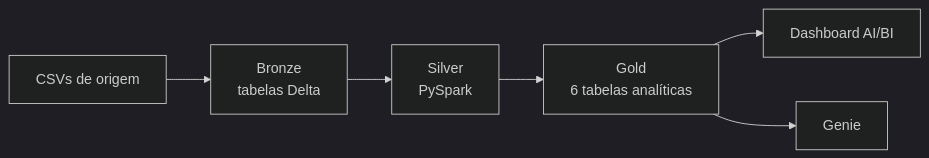
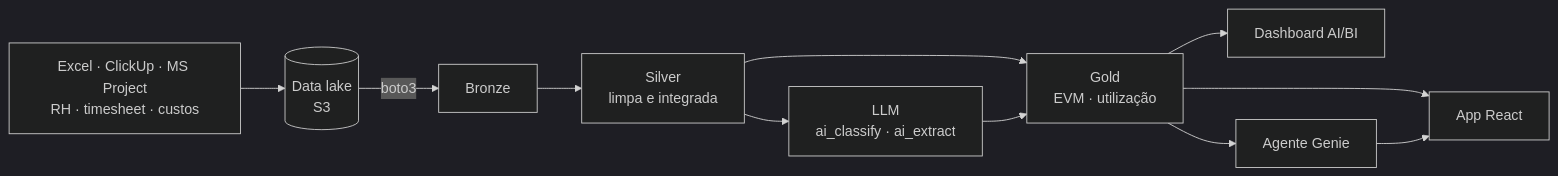
The diagram in README.md (Jessica-Fuentess/Jessica-Fuentess), drawn with Mermaid (dark theme) before and after one commit. The commit also changed other lines of this file, not shown here.

````diff
--- a/README.md
+++ b/README.md
@@ -43,8 +44,11 @@
 ```mermaid
 flowchart LR
-    A[CSVs de origem] --> B[Bronze<br/>tabelas Delta]
-    B --> C[Silver<br/>PySpark]
-    C --> D[Gold<br/>6 tabelas analíticas]
-    D --> E[Dashboard AI/BI]
-    D --> F[Genie]
+    F["Excel · ClickUp · MS Project<br/>RH · timesheet · custos"] --> S3[("Data lake<br/>S3")]
+    S3 -->|boto3| B["Bronze"]
+    B --> S["Silver<br/>limpa e integrada"]
+    S --> G["Gold<br/>EVM · utilização"]
+    S --> IA["LLM<br/>ai_classify · ai_extract"] --> G
+    G --> D["Dashboard AI/BI"]
+    G --> APP["App React"]
+    G --> GE["Agente Genie"] --> APP
 ```
````
